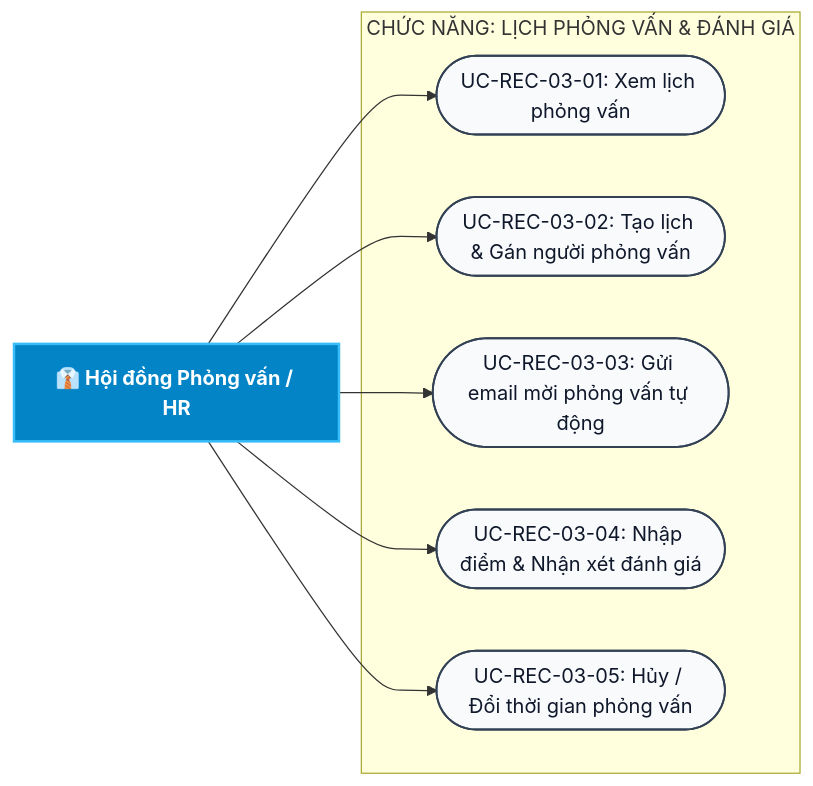
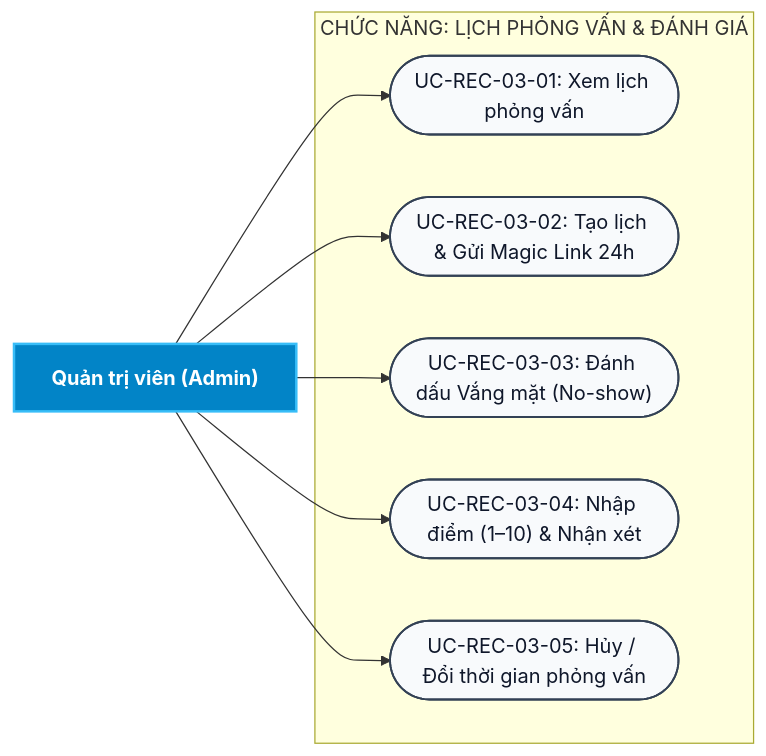
One commit to aye2710/HRM-DATN changed the ninth of 46 diagrams in docs/Các biểu đồ/So_Do_Use_Case_Tong_Quat_HRM.md. Above: the diagram before and after it, drawn with Mermaid. The commit also changed other lines of this file and 69 other files, not shown here.

First line of the commit message:
feat(ess,auth,docs): isolate portal auth, upgrade employee portal UI & sync diagrams

````diff
--- a/docs/Các biểu đồ/So_Do_Use_Case_Tong_Quat_HRM.md
+++ b/docs/Các biểu đồ/So_Do_Use_Case_Tong_Quat_HRM.md
@@ -536,23 +656,23 @@
 ```mermaid
 flowchart LR
-    ADMIN["👔 Hội đồng Phỏng vấn / HR"]
+    ADMIN["Quản trị viên (Admin)"]
 
     subgraph FUNC_INT ["CHỨC NĂNG: LỊCH PHỎNG VẤN & ĐÁNH GIÁ"]
         UC1(["UC-REC-03-01: Xem lịch phỏng vấn"])
-        UC2(["UC-REC-03-02: Tạo lịch & Gán người phỏng vấn"])
-        UC3(["UC-REC-03-03: Gửi email mời phỏng vấn tự động"])
-        UC4(["UC-REC-03-04: Nhập điểm & Nhận xét đánh giá"])
+        UC2(["UC-REC-03-02: Tạo lịch & Gửi Magic Link 24h"])
+        UC3(["UC-REC-03-03: Đánh dấu Vắng mặt (No-show)"])
+        UC4(["UC-REC-03-04: Nhập điểm (1–10) & Nhận xét"])
         UC5(["UC-REC-03-05: Hủy / Đổi thời gian phỏng vấn"])
     end
 
     ADMIN --> UC1
     ADMIN --> UC2
     ADMIN --> UC3
     ADMIN --> UC4
     ADMIN --> UC5
 
     classDef actor fill:#0284c7,stroke:#38bdf8,stroke-width:2px,color:#ffffff,font-weight:bold;
     classDef uc fill:#f8fafc,stroke:#334155,stroke-width:1.5px,color:#0f172a;
     class ADMIN actor;
     class UC1,UC2,UC3,UC4,UC5 uc;
 ```
````
